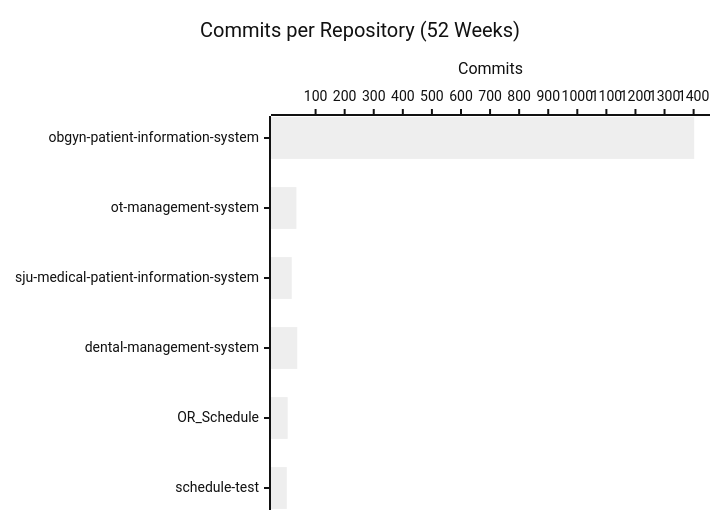
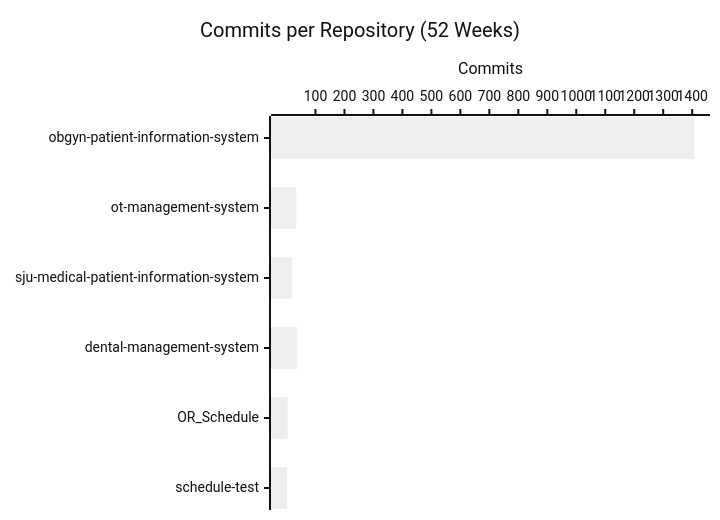
Before and after one commit to CSTH-Projects/.github: the second of 4 diagrams in profile/README.md, drawn with Mermaid (neutral theme). The commit also changed other lines of this file, not shown here.

````diff
--- a/profile/README.md
+++ b/profile/README.md
@@ -24,7 +24,7 @@
 ```mermaid
 xychart-beta horizontal
     title "Commits per Repository (52 Weeks)"
     x-axis ["obgyn-patient-information-system", "ot-management-system", "sju-medical-patient-information-system", "dental-management-system", "OR_Schedule", "schedule-test"]
     y-axis "Commits"
-    bar [1402, 34, 18, 37, 4, 1]
+    bar [1407, 34, 18, 37, 4, 1]
 ```
````
